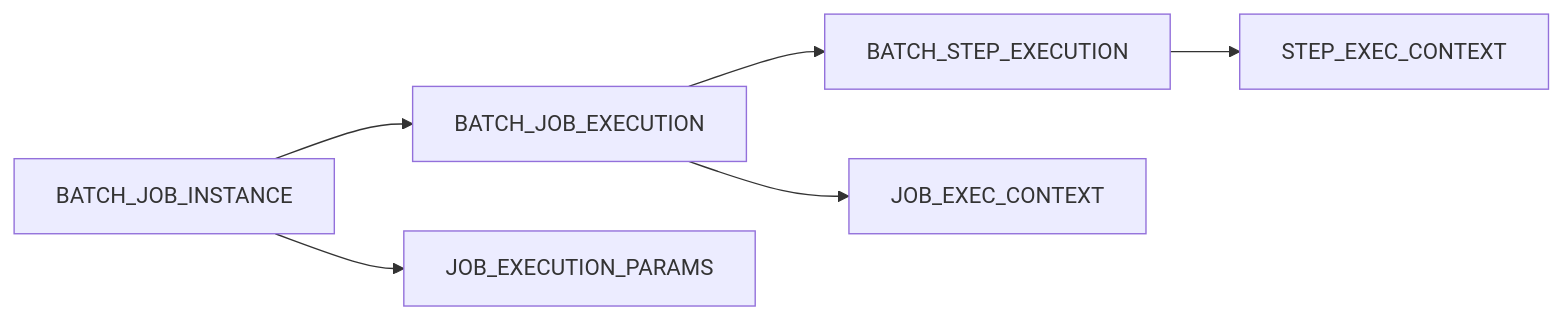
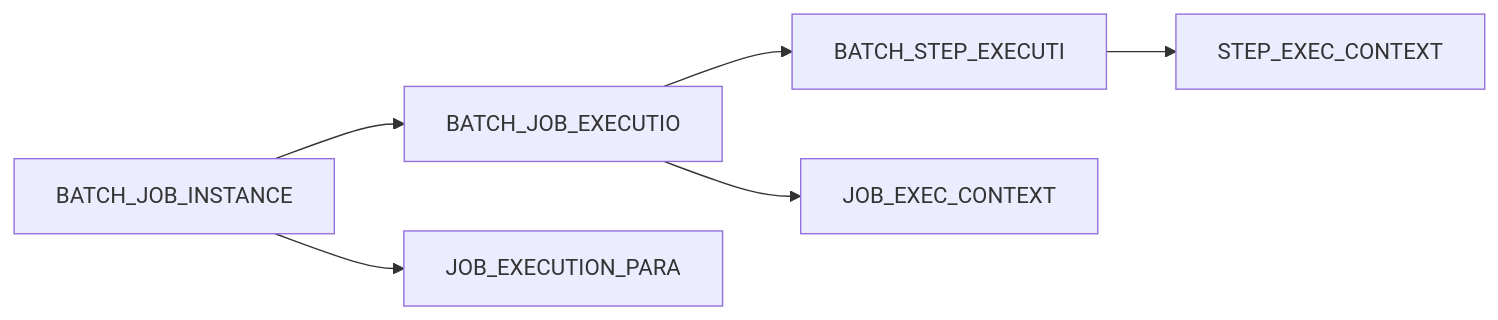
One commit to yjkim2015/yjkim2015.github.io changed the second of 8 diagrams in _posts/spring/2026-05-02-spring-batch-deep.md. Above: the diagram before and after it, drawn with Mermaid. The commit also changed other lines of this file and 245 other files, not shown here.

First line of the commit message:
Mermaid 다이어그램 전면 수정 + 면접 포인트 접기/펼치기 + DB 데드락 페이지

````diff
--- a/_posts/spring/2026-05-02-spring-batch-deep.md
+++ b/_posts/spring/2026-05-02-spring-batch-deep.md
@@ -52,8 +52,8 @@
 ```mermaid
 graph LR
-    JI[BATCH_JOB_INSTANCE] --> JE[BATCH_JOB_EXECUTION]
-    JE --> SE[BATCH_STEP_EXECUTION]
+    JI[BATCH_JOB_INSTANCE] --> JE[BATCH_JOB_EXECUTIO]
+    JE --> SE[BATCH_STEP_EXECUTI]
     JE --> JEC[JOB_EXEC_CONTEXT]
     SE --> SEC[STEP_EXEC_CONTEXT]
-    JI --> JP[JOB_EXECUTION_PARAMS]
+    JI --> JP[JOB_EXECUTION_PARA]
 ```
````
